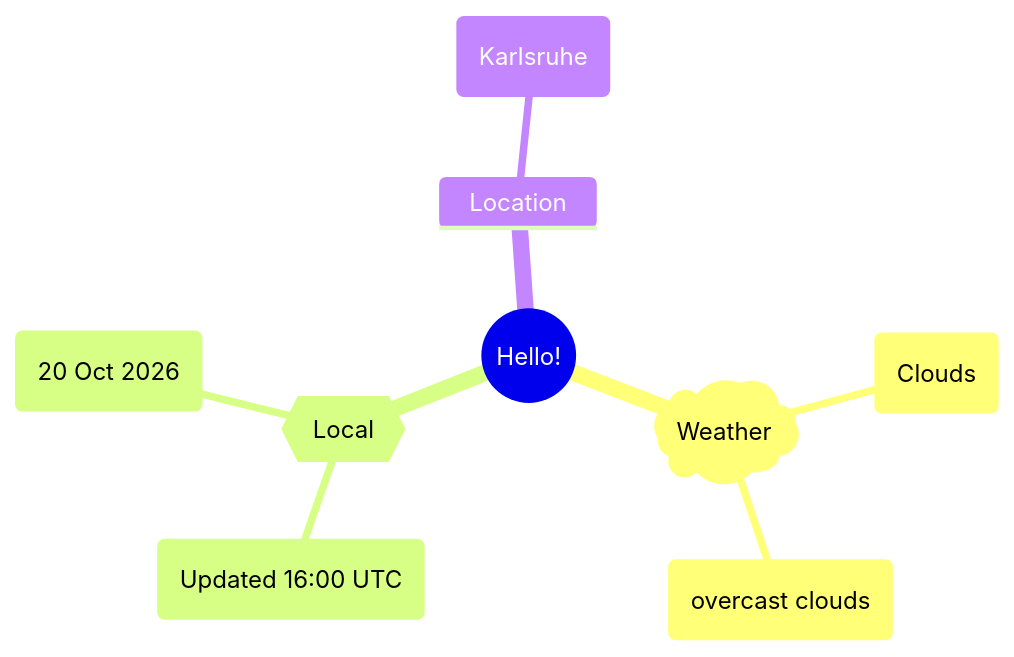
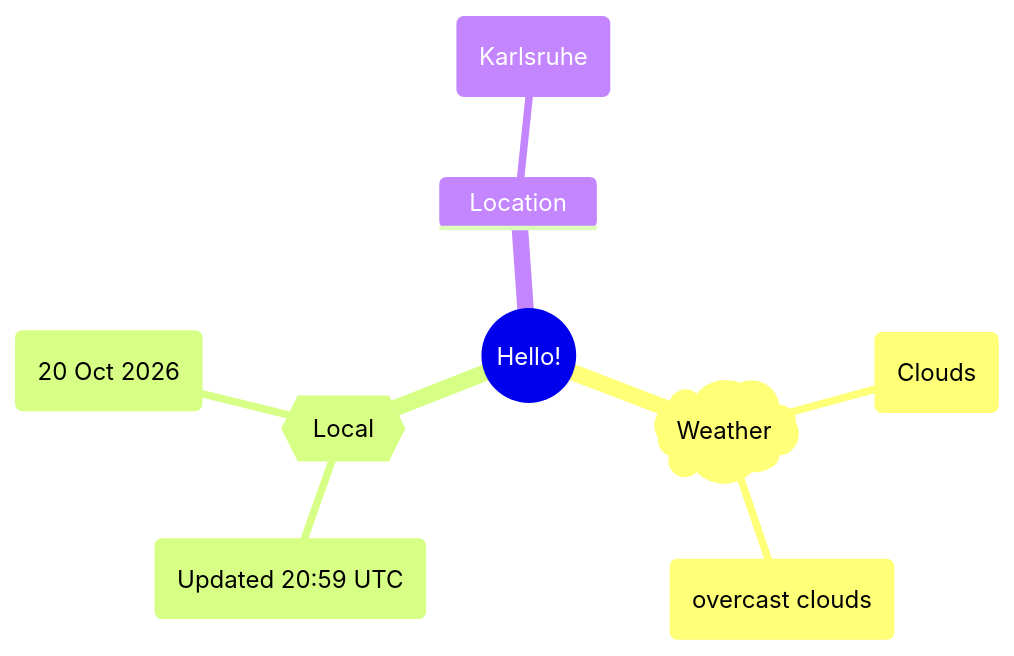
The first of 2 diagrams in README.md (Xosrov/Xosrov), drawn with Mermaid before and after one commit.

Commit message:
[bot] updated images

````diff
--- a/README.md
+++ b/README.md
@@ -3,12 +3,12 @@
 ```mermaid
 mindmap
   root((Hello!))
     )Weather(
         (Clouds)
         (overcast clouds)
     {{Local}}
-        (Updated 16:00 UTC)
+        (Updated 20:59 UTC)
         (20 Oct 2026)
     Location
         (Karlsruhe)
 ```
````
